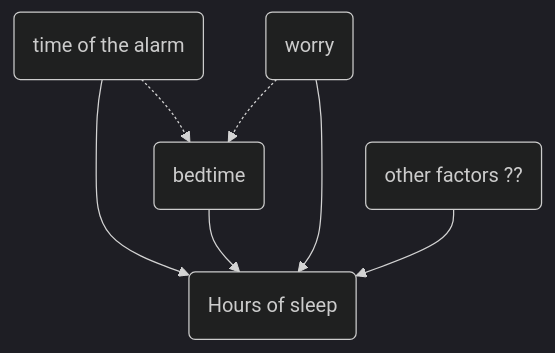
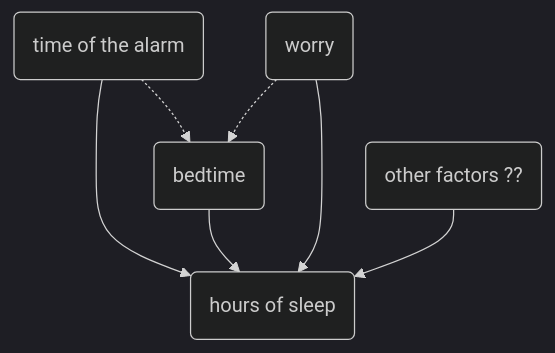
Before and after one commit to ethanweed/ExPsyLing: the diagram in 2022/Slides/Lecture-06.md, drawn with Mermaid (dark theme). The commit also changed other lines of this file and 4 other files, not shown here.

````diff
--- a/2022/Slides/Lecture-06.md
+++ b/2022/Slides/Lecture-06.md
@@ -179,10 +179,10 @@
 ```{.mermaid format=svg  theme=neutral width=400 }
 graph TB
-A(time of the alarm) -->B(Hours of sleep)
+A(time of the alarm) -->B(hours of sleep)
 C(bedtime) -->B
 A-.->C
 D(worry)-->B
 D-.->C
 E(other factors ??)-->B
 
 ```
````
